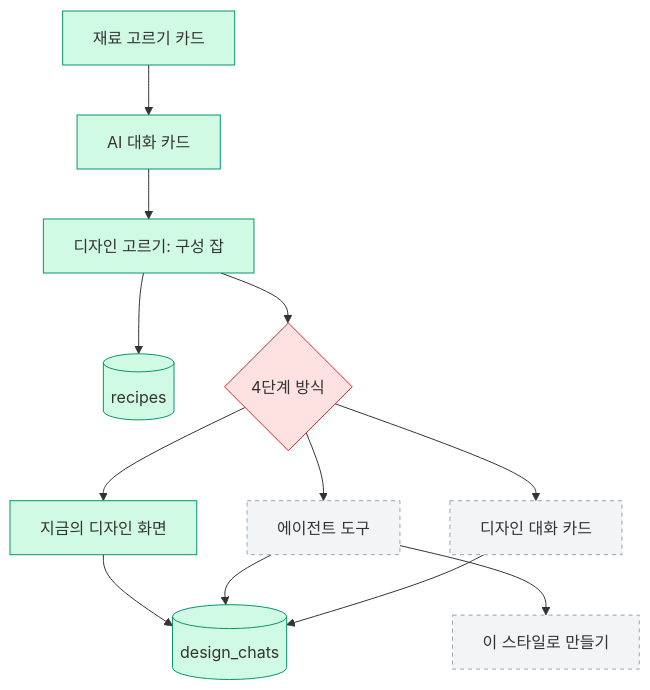
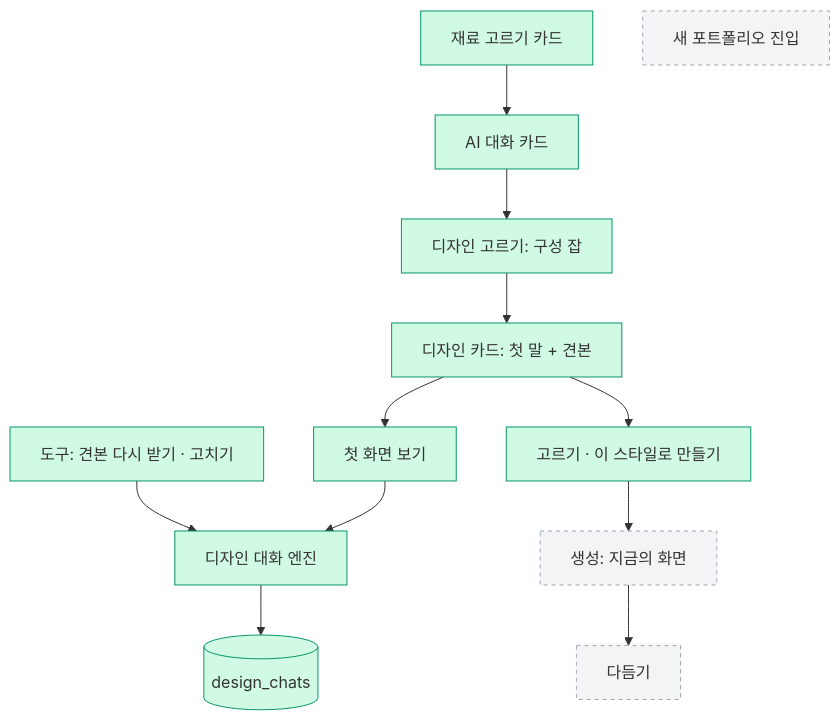
Before and after one commit to Expresso-Organization/expresso: the diagram in .sitrep/sessions/20261120-0200-brew-chat/arch.mmd, drawn with Mermaid. The commit also changed 18 other files, not shown here.

First line of the commit message:
feat: 에이전트 채팅의 견본 다시 받기 · 첫 화면 고치기 도구

```diff
--- a/.sitrep/sessions/20261120-0200-brew-chat/arch.mmd
+++ b/.sitrep/sessions/20261120-0200-brew-chat/arch.mmd
@@ -1,19 +1,18 @@
 flowchart TD
   M[재료 고르기 카드] --> Q[AI 대화 카드]
-  Q --> R[디자인 고르기: 구성 잡]
-  R --> RC[(recipes)]
-  R --> D4{4단계 방식}
-  D4 --> DA[에이전트 도구]
-  D4 --> DB[디자인 대화 카드]
-  D4 --> DC[지금의 디자인 화면]
-  DC --> DCH[(design_chats)]
-  DA --> DCH
-  DB --> DCH
-  DA --> G[이 스타일로 만들기]
+  Q --> D[디자인 고르기: 구성 잡]
+  D --> C[디자인 카드: 첫 말 + 견본]
+  C --> W[첫 화면 보기]
+  T[도구: 견본 다시 받기 · 고치기] --> E[디자인 대화 엔진]
+  W --> E
+  E --> S[(design_chats)]
+  C --> K[고르기 · 이 스타일로 만들기]
+  K --> G[생성: 지금의 화면]
+  G --> R[다듬기]
+  N[새 포트폴리오 진입]
   classDef done fill:#d1fae5,stroke:#059669
   classDef doing fill:#fef3c7,stroke:#d97706
   classDef decide fill:#fee2e2,stroke:#dc2626
   classDef todo fill:#f3f4f6,stroke:#9ca3af,stroke-dasharray:4
-  class M,Q,R,RC,DC,DCH done
-  class D4 decide
-  class DA,DB,G todo
+  class M,Q,D,C,W,T,E,S,K done
+  class G,R,N todo
```
